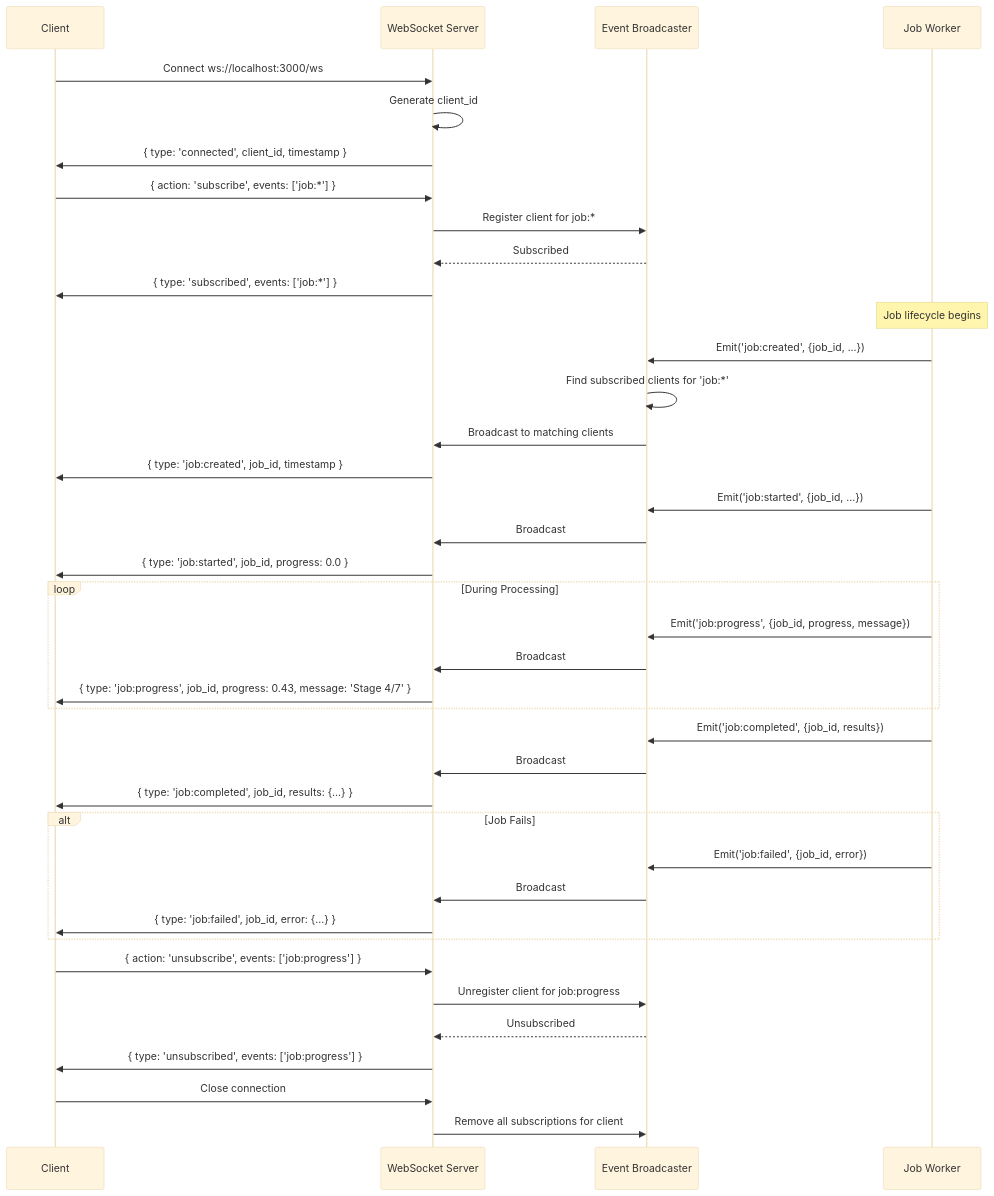
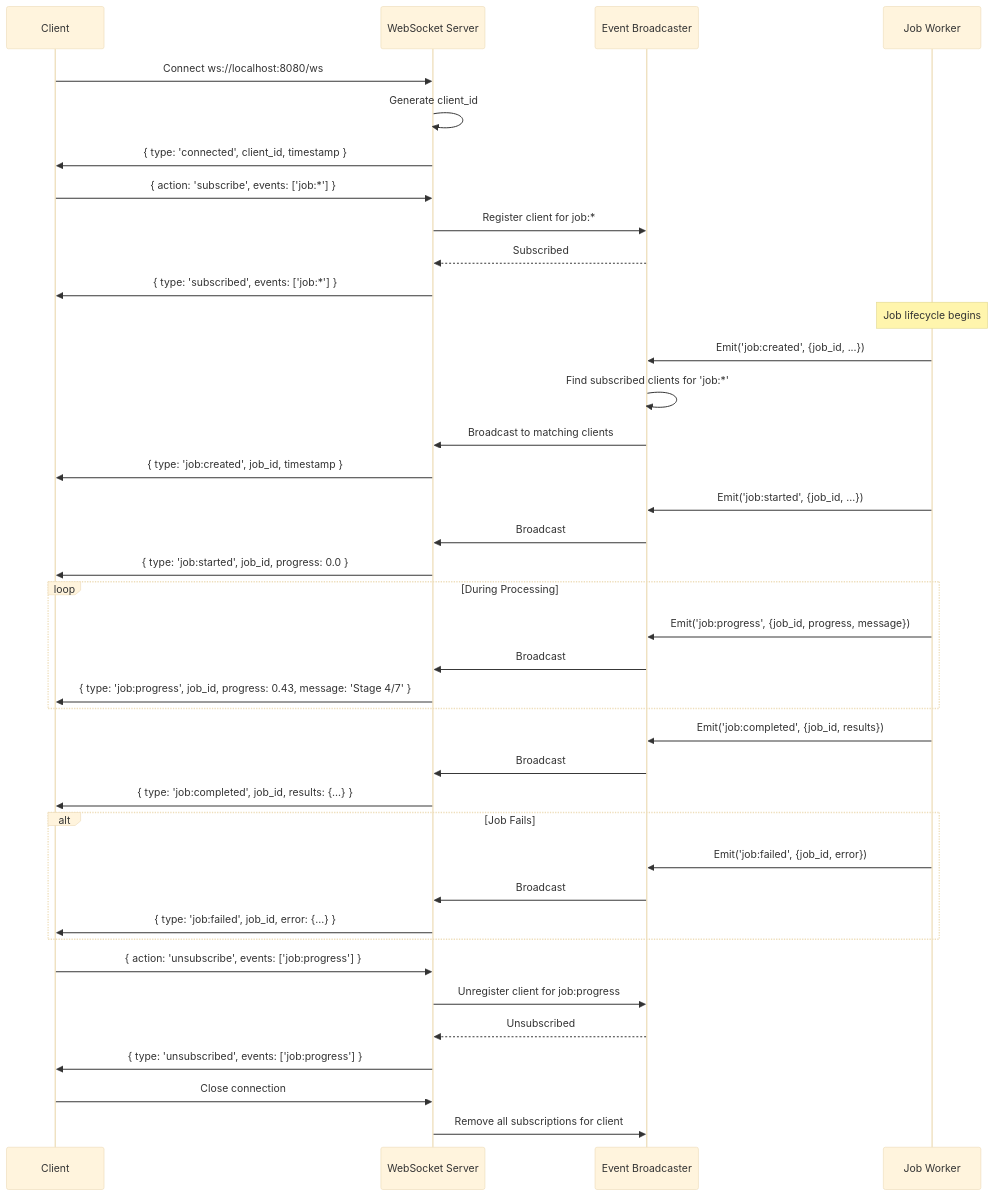
The fifth of 8 diagrams in docs/dashboard_ui/DATAFLOW_DIAGRAMS.md (integritystudio/AlephAuto), drawn with Mermaid (base theme) before and after one commit. The commit also changed 8 other files, not shown here.

````diff
--- a/docs/dashboard_ui/DATAFLOW_DIAGRAMS.md
+++ b/docs/dashboard_ui/DATAFLOW_DIAGRAMS.md
@@ -763,51 +763,51 @@
 ```mermaid
 sequenceDiagram
     participant Client
     participant WSServer as WebSocket Server
     participant EventBus as Event Broadcaster
     participant Worker as Job Worker
 
-    Client->>WSServer: Connect ws://localhost:3000/ws
+    Client->>WSServer: Connect ws://localhost:8080/ws
     WSServer->>WSServer: Generate client_id
     WSServer->>Client: { type: 'connected', client_id, timestamp }
 
     Client->>WSServer: { action: 'subscribe', events: ['job:*'] }
     WSServer->>EventBus: Register client for job:*
     EventBus-->>WSServer: Subscribed
     WSServer->>Client: { type: 'subscribed', events: ['job:*'] }
 
     Note over Worker: Job lifecycle begins
 
     Worker->>EventBus: Emit('job:created', {job_id, ...})
     EventBus->>EventBus: Find subscribed clients for 'job:*'
     EventBus->>WSServer: Broadcast to matching clients
     WSServer->>Client: { type: 'job:created', job_id, timestamp }
 
     Worker->>EventBus: Emit('job:started', {job_id, ...})
     EventBus->>WSServer: Broadcast
     WSServer->>Client: { type: 'job:started', job_id, progress: 0.0 }
 
     loop During Processing
         Worker->>EventBus: Emit('job:progress', {job_id, progress, message})
         EventBus->>WSServer: Broadcast
         WSServer->>Client: { type: 'job:progress', job_id, progress: 0.43, message: 'Stage 4/7' }
     end
 
     Worker->>EventBus: Emit('job:completed', {job_id, results})
     EventBus->>WSServer: Broadcast
     WSServer->>Client: { type: 'job:completed', job_id, results: {...} }
 
     alt Job Fails
         Worker->>EventBus: Emit('job:failed', {job_id, error})
         EventBus->>WSServer: Broadcast
         WSServer->>Client: { type: 'job:failed', job_id, error: {...} }
     end
 
     Client->>WSServer: { action: 'unsubscribe', events: ['job:progress'] }
     WSServer->>EventBus: Unregister client for job:progress
     EventBus-->>WSServer: Unsubscribed
     WSServer->>Client: { type: 'unsubscribed', events: ['job:progress'] }
 
     Client->>WSServer: Close connection
     WSServer->>EventBus: Remove all subscriptions for client
 ```
````
